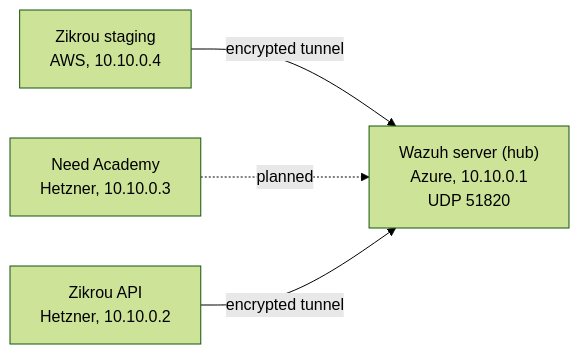
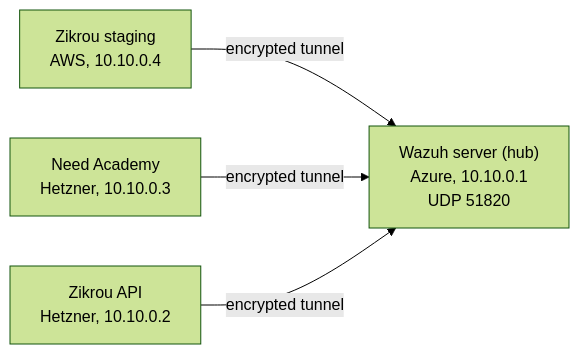
The diagram in docs/03-wireguard-network.md (aliou27/production-security-monitoring), drawn with Mermaid (forest theme) before and after one commit. The commit also changed other lines of this file and 11 other files, not shown here.

````diff
--- a/docs/03-wireguard-network.md
+++ b/docs/03-wireguard-network.md
@@ -14,10 +14,10 @@
 ```mermaid
 flowchart LR
     S["Zikrou staging<br/>AWS, 10.10.0.4"]
     N["Need Academy<br/>Hetzner, 10.10.0.3"]
     Z["Zikrou API<br/>Hetzner, 10.10.0.2"]
     H["Wazuh server (hub)<br/>Azure, 10.10.0.1<br/>UDP 51820"]
     S -- "encrypted tunnel" --> H
-    N -. "planned" .-> H
+    N -- "encrypted tunnel" --> H
     Z -- "encrypted tunnel" --> H
 ```
````
